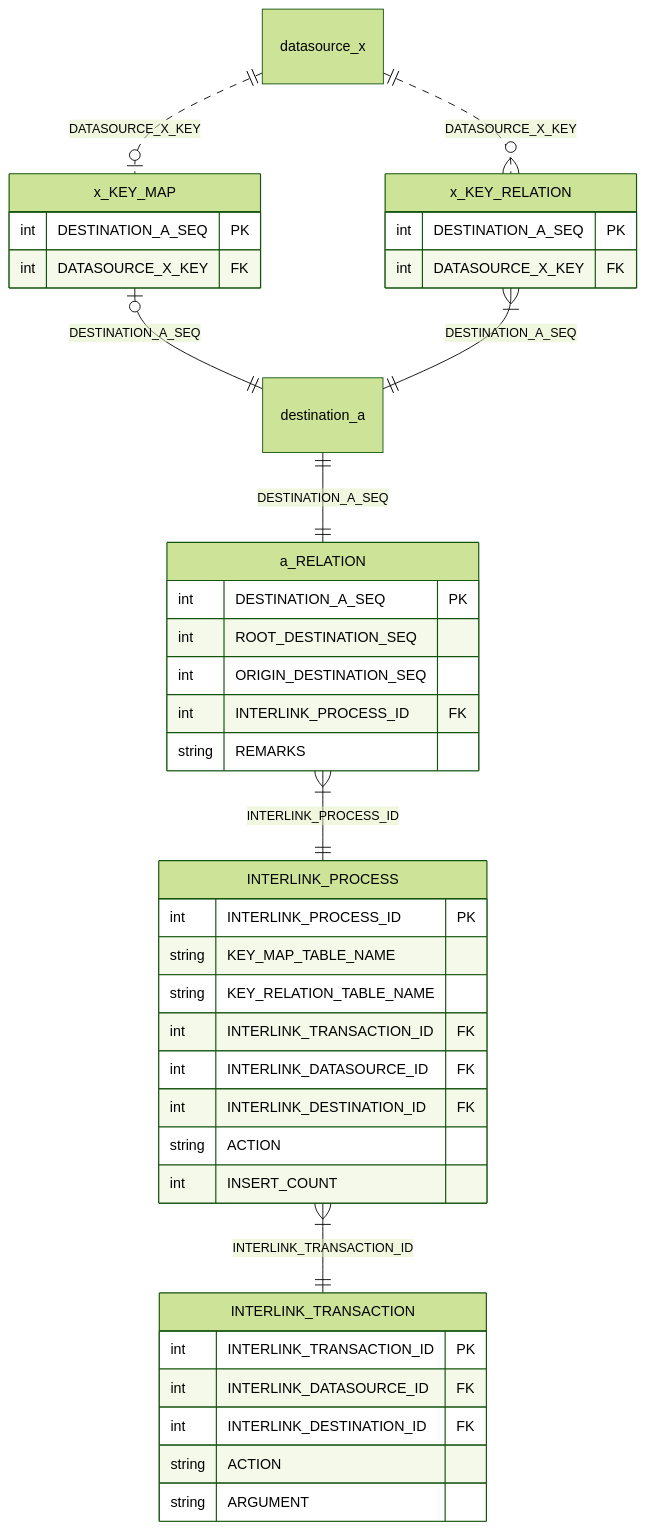
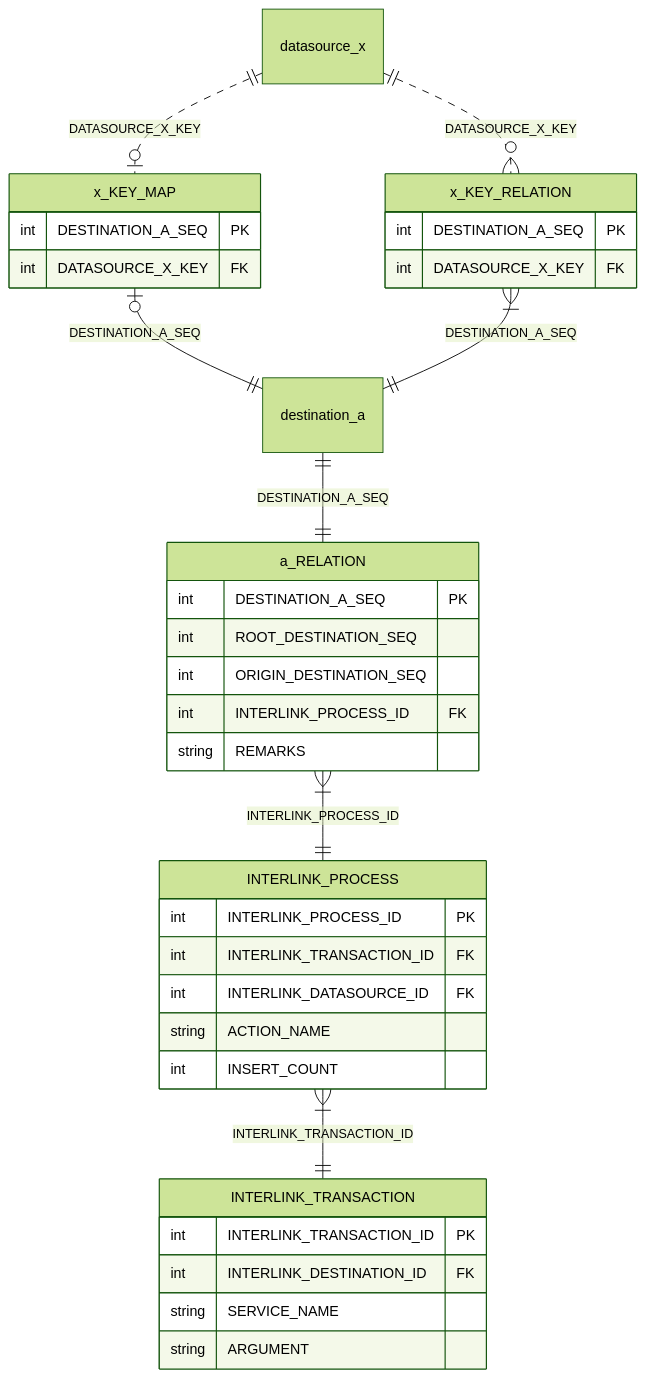
Before and after one commit to mk3008/SRM: the fourth of 4 diagrams in README.md, drawn with Mermaid (forest theme). The commit also changed other lines of this file, not shown here.

````diff
--- a/README.md
+++ b/README.md
@@ -8,54 +152,50 @@
 ```mermaid
 erDiagram
     datasource_x ||..o| x_KEY_MAP : DATASOURCE_X_KEY
     datasource_x ||..o{ x_KEY_RELATION : DATASOURCE_X_KEY
     x_KEY_MAP |o--|| destination_a : DESTINATION_A_SEQ
     x_KEY_RELATION }|--|| destination_a : DESTINATION_A_SEQ
 
     destination_a ||--|| a_RELATION : DESTINATION_A_SEQ
     a_RELATION }|--|| INTERLINK_PROCESS : INTERLINK_PROCESS_ID
     INTERLINK_PROCESS }|--|| INTERLINK_TRANSACTION : INTERLINK_TRANSACTION_ID
 
   datasource_x {
   }
 
   x_KEY_MAP {
     int DESTINATION_A_SEQ PK
     int DATASOURCE_X_KEY FK
   }
 
   x_KEY_RELATION {
     int DESTINATION_A_SEQ PK
     int DATASOURCE_X_KEY FK
   }
 
   destination_a {
   }
 
   a_RELATION{
     int DESTINATION_A_SEQ PK
     int ROOT_DESTINATION_SEQ
     int ORIGIN_DESTINATION_SEQ
     int INTERLINK_PROCESS_ID FK
     string REMARKS
   }
 
   INTERLINK_PROCESS{
     int INTERLINK_PROCESS_ID PK
-    string KEY_MAP_TABLE_NAME
-    string KEY_RELATION_TABLE_NAME
     int INTERLINK_TRANSACTION_ID FK
     int INTERLINK_DATASOURCE_ID FK
-    int INTERLINK_DESTINATION_ID FK
-    string ACTION
+    string ACTION_NAME
     int INSERT_COUNT
   }
 
   INTERLINK_TRANSACTION{
     int INTERLINK_TRANSACTION_ID PK
-    int INTERLINK_DATASOURCE_ID FK
     int INTERLINK_DESTINATION_ID FK
-    string ACTION
+    string SERVICE_NAME
     string ARGUMENT
   }
 ```
````
